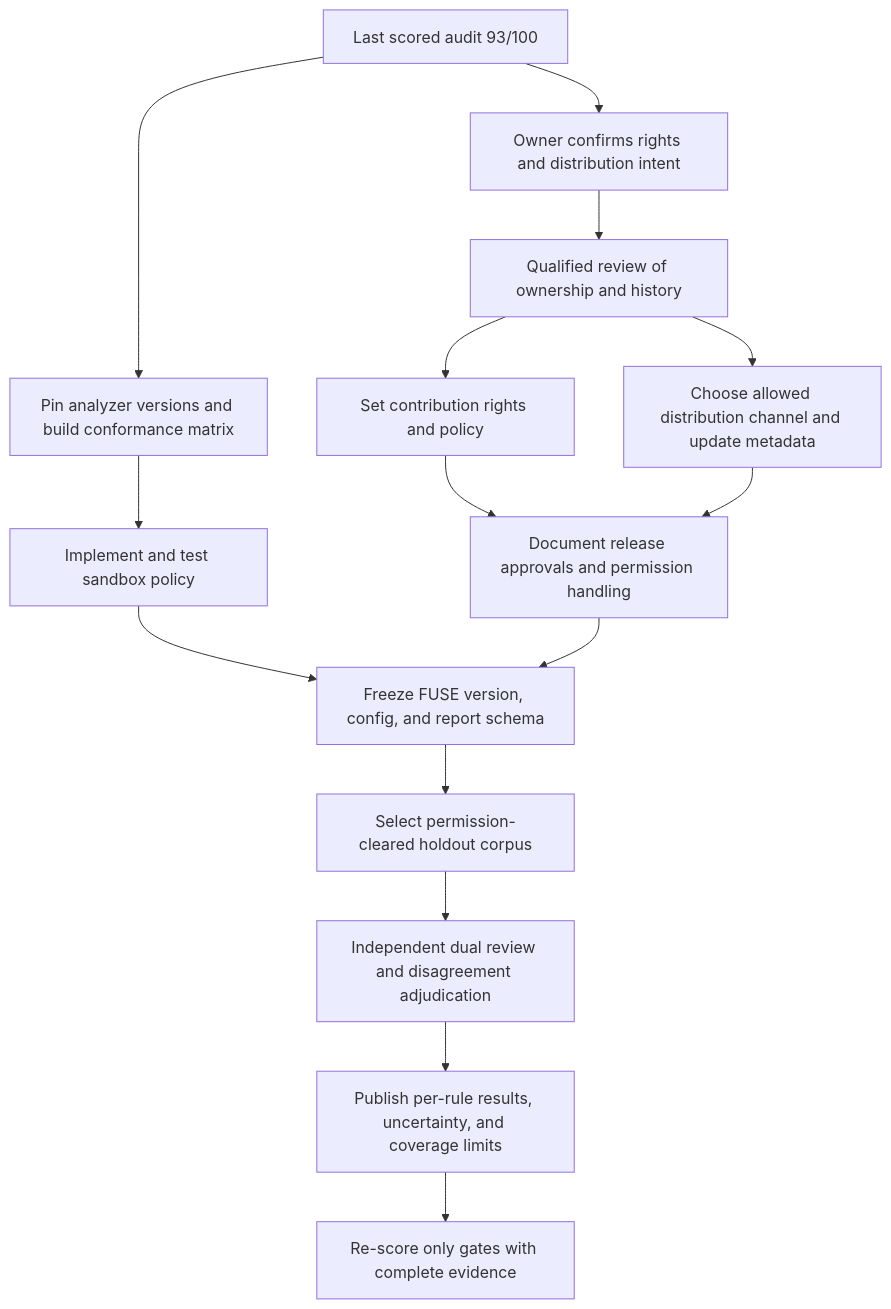
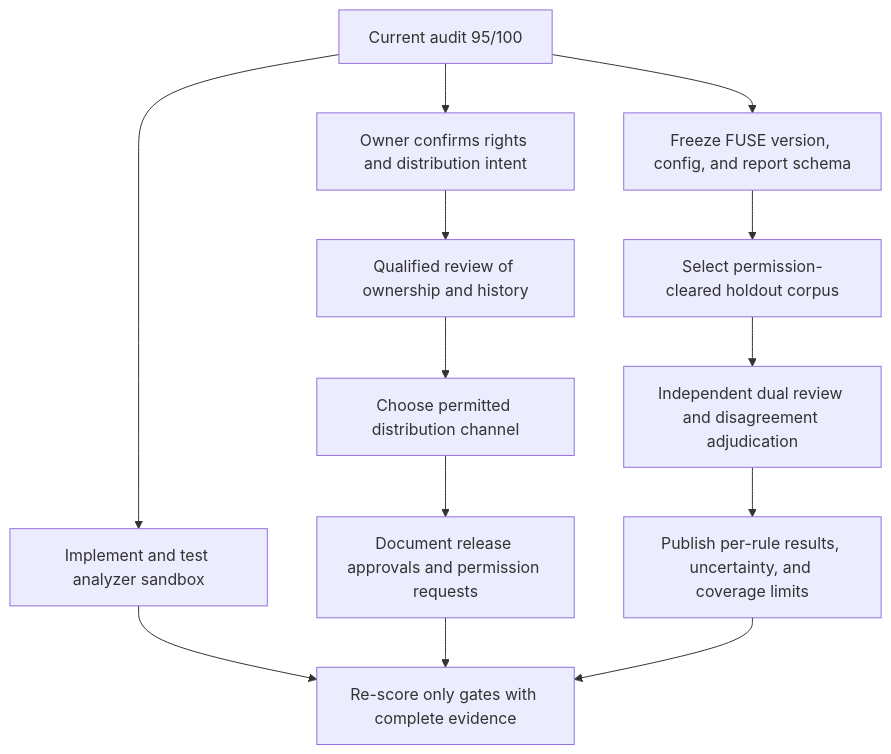
Before and after one commit to VIGIL-IoT/VIGIL-FUSE: the diagram in docs/research/maturity-100-closure-plan-2026-11-02.md, drawn with Mermaid. The commit also changed other lines of this file, not shown here.

Commit message:
docs: close analyzer maturity gate with evidence

````diff
--- a/docs/research/maturity-100-closure-plan-2026-11-02.md
+++ b/docs/research/maturity-100-closure-plan-2026-11-02.md
@@ -98,17 +100,15 @@
 ```mermaid
 flowchart TD
-    START[Last scored audit 93/100] --> OWNER[Owner confirms rights and distribution intent]
+    START[Current audit 95/100] --> OWNER[Owner confirms rights and distribution intent]
     OWNER --> LEGAL[Qualified review of ownership and history]
-    LEGAL --> CONTRIB[Set contribution rights and policy]
-    LEGAL --> DIST[Choose allowed distribution channel and update metadata]
-    CONTRIB --> RELEASE[Document release approvals and permission handling]
-    DIST --> RELEASE
-    START --> MATRIX[Pin analyzer versions and build conformance matrix]
-    MATRIX --> SANDBOX[Implement and test sandbox policy]
-    SANDBOX --> FREEZE[Freeze FUSE version, config, and report schema]
-    RELEASE --> FREEZE
+    LEGAL --> DIST[Choose permitted distribution channel]
+    DIST --> RELEASE[Document release approvals and permission requests]
+    START --> SANDBOX[Implement and test analyzer sandbox]
+    START --> FREEZE[Freeze FUSE version, config, and report schema]
     FREEZE --> HOLDOUT[Select permission-cleared holdout corpus]
     HOLDOUT --> REVIEW[Independent dual review and disagreement adjudication]
     REVIEW --> REPORT[Publish per-rule results, uncertainty, and coverage limits]
-    REPORT --> RESCORE[Re-score only gates with complete evidence]
+    SANDBOX --> RESCORE[Re-score only gates with complete evidence]
+    RELEASE --> RESCORE
+    REPORT --> RESCORE
 ```
````
